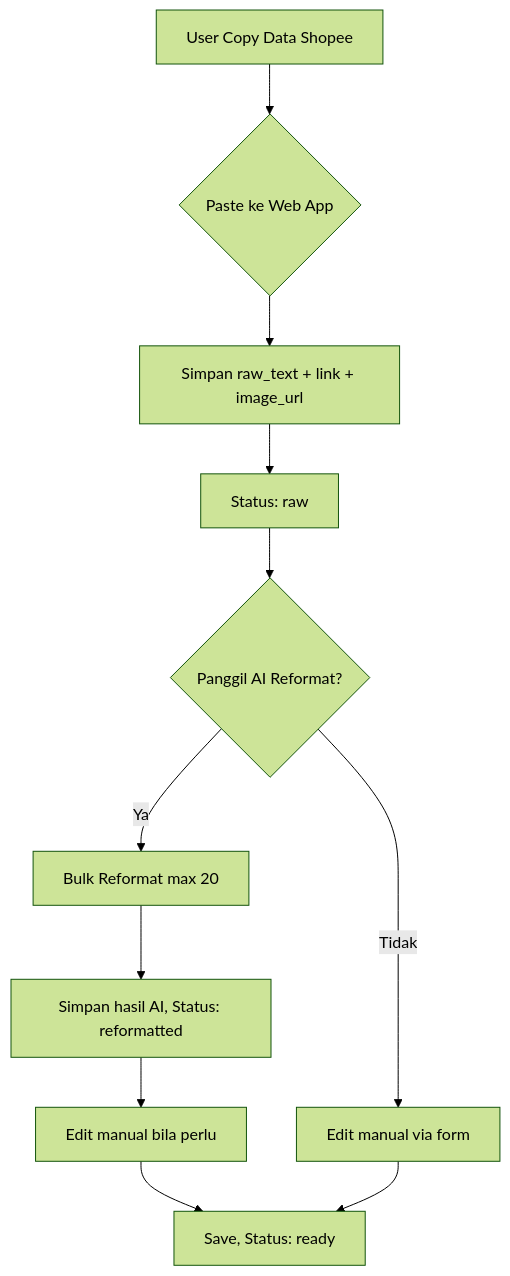
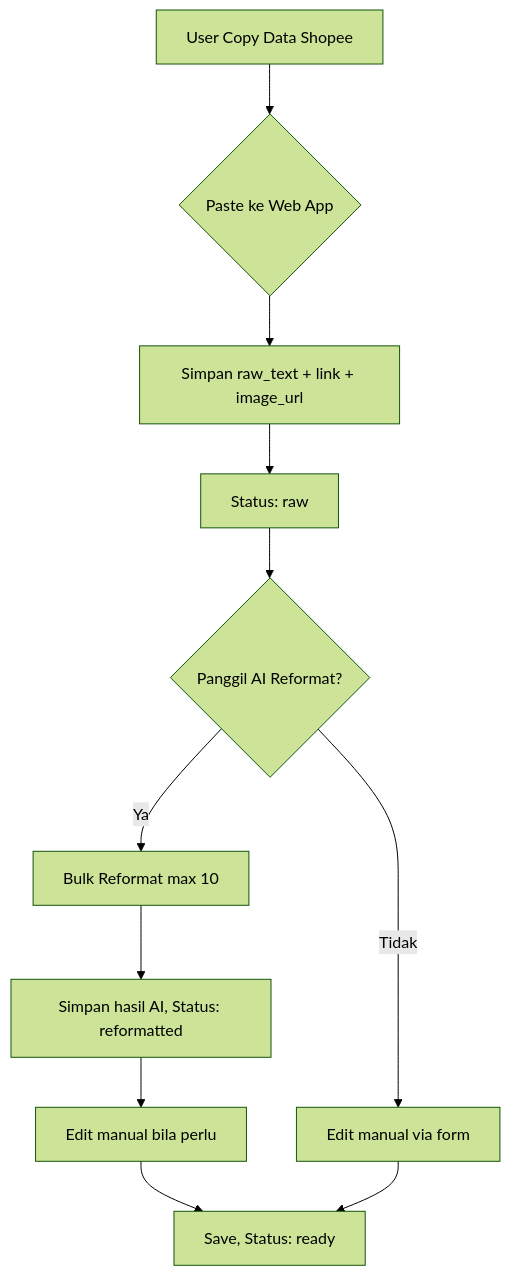
Before and after one commit to nunutech40/affilatorshopee: the second of 5 diagrams in PRD.md, drawn with Mermaid (forest theme). The commit also changed other lines of this file and 15 other files, not shown here.

````diff
--- a/PRD.md
+++ b/PRD.md
@@ -77,13 +77,13 @@
 ```mermaid
 flowchart TD
     A[User Copy Data Shopee] --> B{Paste ke Web App}
     B --> C[Simpan raw_text + link + image_url]
     C --> D[Status: raw]
     D --> E{Panggil AI Reformat?}
-    E -->|Ya| F[Bulk Reformat max 20]
+    E -->|Ya| F[Bulk Reformat max 10]
     F --> G[Simpan hasil AI, Status: reformatted]
     G --> H[Edit manual bila perlu]
     H --> I[Save, Status: ready]
     E -->|Tidak| J[Edit manual via form]
     J --> I
 ```
````
